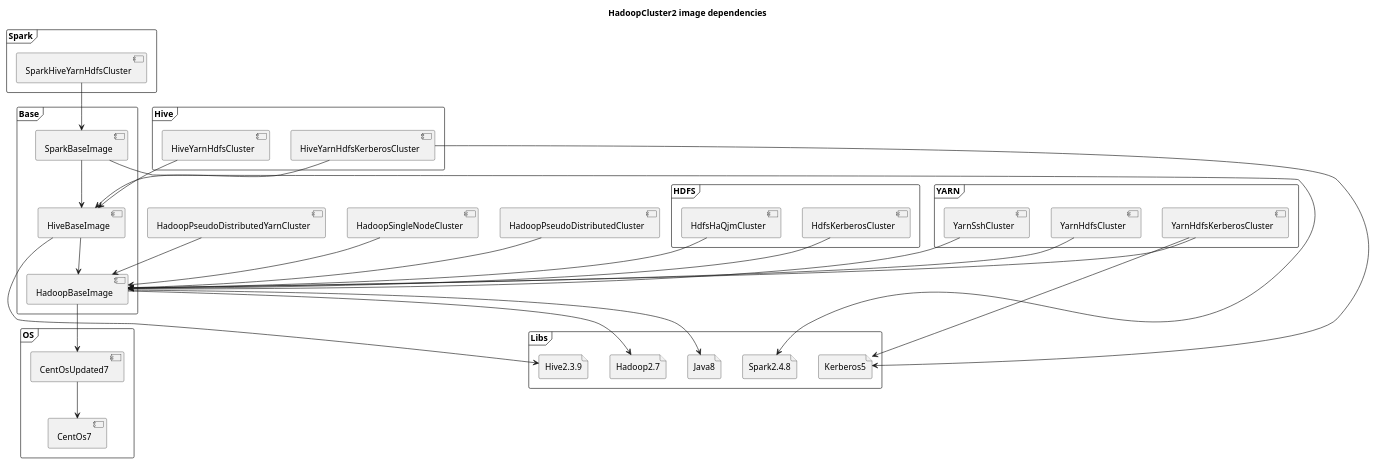
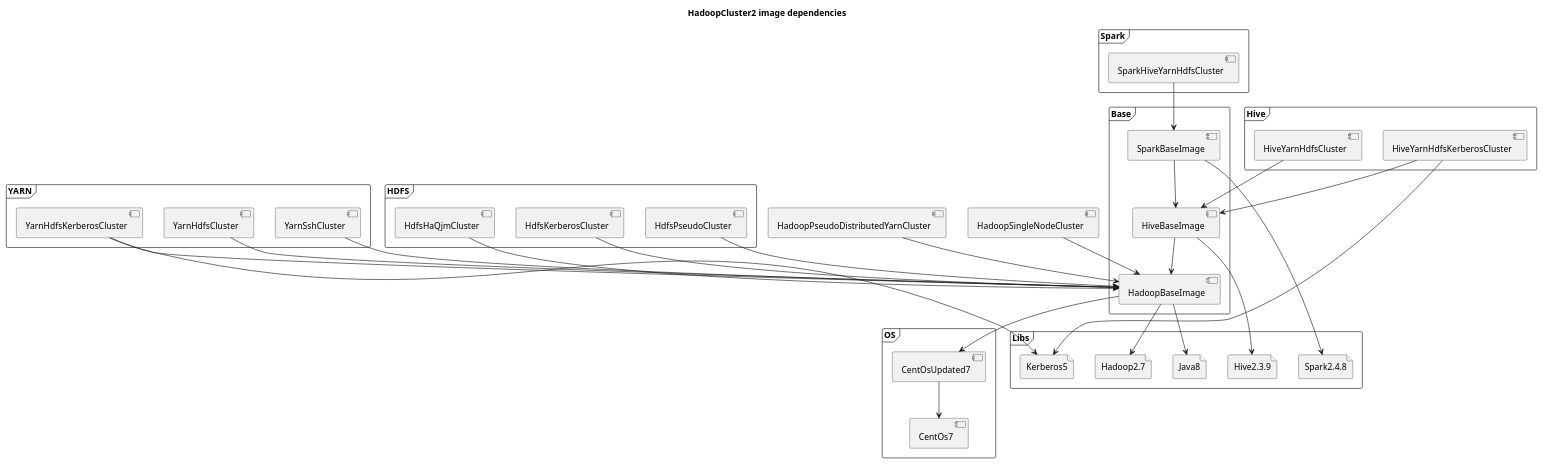
One commit to Aleks-Ya/yaal_examples changed the diagram in Building+/Docker+/DockerImage+/Application+/Hadoop+/Hadoop2+/dependecies.puml. Above: the diagram before and after it, drawn with PlantUML. The commit also changed 6 other files, not shown here.

Commit message:
Docker: Hadoop: rename "HadoopPseudoDistributedCluster" to "HdfsPseudoCluster"

```diff
--- a/Building+/Docker+/DockerImage+/Application+/Hadoop+/Hadoop2+/dependecies.puml
+++ b/Building+/Docker+/DockerImage+/Application+/Hadoop+/Hadoop2+/dependecies.puml
@@ -1,64 +1,64 @@
 @startuml
 'https://plantuml.com/component-diagram
 
 title "HadoopCluster2 image dependencies"
 
 frame OS {
     component CentOs7
     component CentOsUpdated7
 }
 frame Libs {
     file Hadoop2.7
     file Java8
     file Hive2.3.9
     file Spark2.4.8
     file Kerberos5
 }
 frame Base {
     component HadoopBaseImage
     component HiveBaseImage
     component SparkBaseImage
     HadoopBaseImage --> CentOsUpdated7
     HadoopBaseImage --> Hadoop2.7
     HadoopBaseImage --> Java8
     HiveBaseImage --> HadoopBaseImage
     HiveBaseImage --> Hive2.3.9
 }
-component HadoopPseudoDistributedCluster
 component HadoopPseudoDistributedYarnCluster
 component HadoopSingleNodeCluster
 frame HDFS {
     component HdfsKerberosCluster
     component HdfsHaQjmCluster
+    component HdfsPseudoCluster
     HdfsKerberosCluster --> HadoopBaseImage
     HdfsHaQjmCluster --> HadoopBaseImage
+    HdfsPseudoCluster --> HadoopBaseImage
 }
 frame YARN {
     component YarnHdfsCluster
     component YarnHdfsKerberosCluster
     component YarnSshCluster
     YarnHdfsCluster --> HadoopBaseImage
     YarnHdfsKerberosCluster --> HadoopBaseImage
     YarnHdfsKerberosCluster --> Kerberos5
     YarnSshCluster --> HadoopBaseImage
 }
 frame Hive {
     component HiveYarnHdfsCluster
     component HiveYarnHdfsKerberosCluster
     HiveYarnHdfsKerberosCluster --> HiveBaseImage
     HiveYarnHdfsKerberosCluster --> Kerberos5
     HiveYarnHdfsCluster --> HiveBaseImage
 }
 frame Spark {
     component SparkHiveYarnHdfsCluster
     SparkBaseImage --> HiveBaseImage
     SparkBaseImage --> Spark2.4.8
     SparkHiveYarnHdfsCluster --> SparkBaseImage
 }
 
 CentOsUpdated7 --> CentOs7
-HadoopPseudoDistributedCluster --> HadoopBaseImage
 HadoopPseudoDistributedYarnCluster --> HadoopBaseImage
 HadoopSingleNodeCluster --> HadoopBaseImage
 
 @enduml
```
